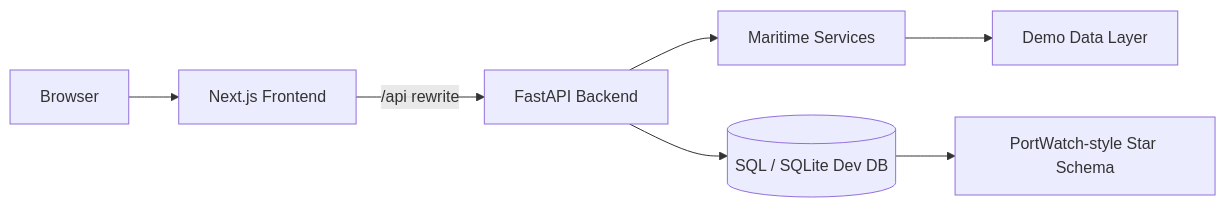
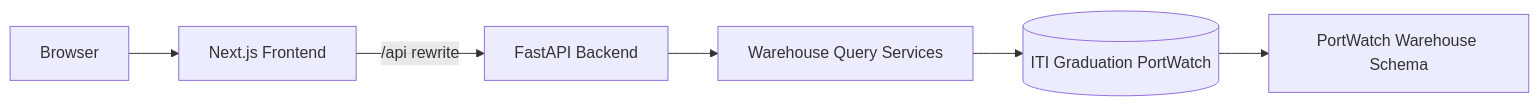
Before and after one commit to KhalidMaherAllaban/CTRL-SEA: the diagram in README.md, drawn with Mermaid. The commit also changed other lines of this file and 79 other files, not shown here.

````diff
--- a/README.md
+++ b/README.md
@@ -7,9 +7,8 @@
 ```mermaid
 flowchart LR
   Browser[Browser] --> Next[Next.js Frontend]
   Next -->|/api rewrite| API[FastAPI Backend]
-  API --> Services[Maritime Services]
-  Services --> Demo[Demo Data Layer]
-  API --> DB[(SQL / SQLite Dev DB)]
-  DB --> Star[PortWatch-style Star Schema]
+  API --> Services[Warehouse Query Services]
+  Services --> DB[(ITI Graduation PortWatch)]
+  DB --> Star[PortWatch Warehouse Schema]
 ```
````
